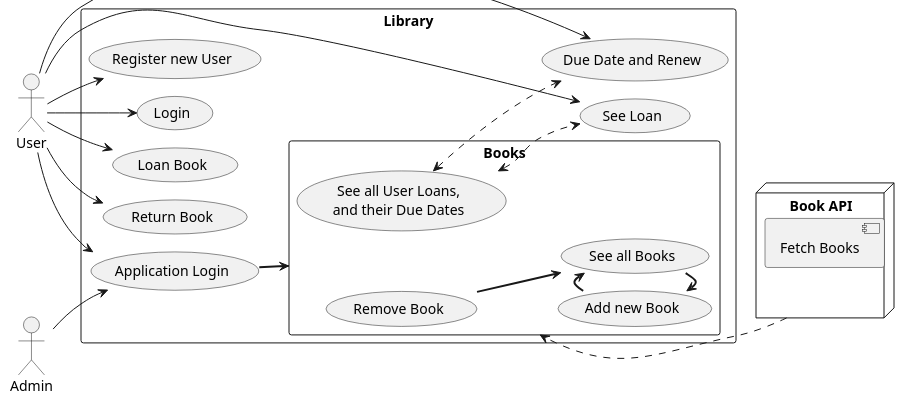
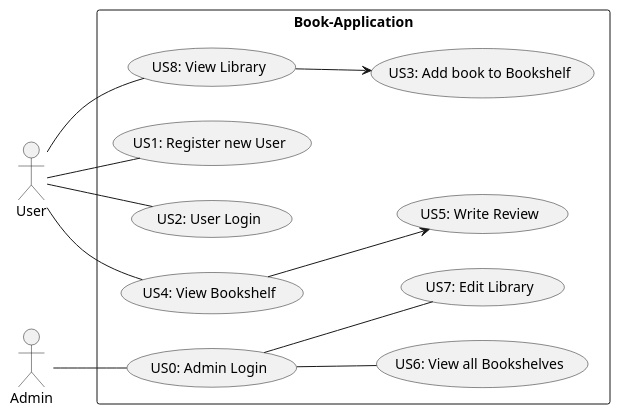
The diagram in documentation/Use.puml (Ravnkilde1995/SemesterProjekt_3sem_backend), drawn with PlantUML before and after one commit.

Commit message:
Updated Use Case Diagram

```diff
--- a/documentation/Use.puml
+++ b/documentation/Use.puml
@@ -1,60 +1,37 @@
 @startuml
-!pragma layout smetana
-left to right direction
-skinparam packageStyle rectangle
-
-node "Book API" as BookAPI {
-    [Fetch Books]
-}
 
 left to right direction
 
-rectangle Library {
+rectangle Book-Application {
 
-usecase UC0 as "Application Login"
-usecase UC1 as "Register new User"
-usecase UC2 as "Login"
-usecase UC3 as "Loan Book"
-usecase UC4 as "See Loan"
-usecase UC5 as "Return Book"
-usecase UC6 as "Due Date and Renew"
+usecase UC0 as "US0: Admin Login"
+usecase UC1 as "US1: Register new User"
+usecase UC2 as "US2: User Login"
+usecase UC3 as "US3: Add book to Bookshelf"
+usecase UC4 as "US4: View Bookshelf"
+usecase UC5 as "US5: Write Review"
+usecase UC6 as "US6: View all Bookshelves"
+usecase UC7 as "US7: Edit Library"
+usecase UC8 as "US8: View Library"
 
-rectangle Books {
-        usecase UC7 as "See all User Loans,
-        and their Due Dates"
-        usecase UC8 as "See all Books"
-        usecase UC9 as "Add new Book"
-        usecase UC10 as "Remove Book"
-        }
+UC0 -- UC6
+UC0 -- UC7
+UC4 --> UC5
+UC8 --> UC3
+
 }
 actor "User" as u
+u -- UC1
+u -- UC2
+u -- UC4
+u -- UC8
 
-u --> UC0
-u --> UC1
-u --> UC2
-u --> UC3
-u --> UC4
-u --> UC5
-u -> UC6
 
 actor "Admin" as a
+a -- UC0
 
-BookAPI ..> Books
-UC0 ==> Books
-a --> UC0
 
-a -[hidden]-> UC7
-a -[hidden]-> UC8
-a -[hidden]-> UC9
-a -[hidden]-> UC10
-
-UC7 <..> UC4
-UC7 <..> UC6
-UC8 =[hidden]= BookAPI
-UC9 <=r= UC8
-UC8 <=r= UC9
-UC10 ==> UC8
 
 
 
 @enduml
```
